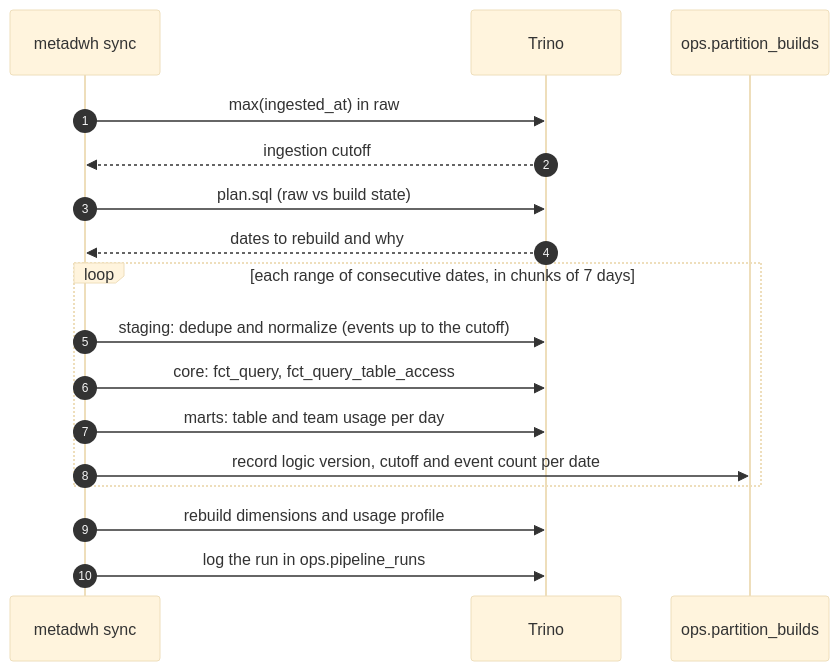
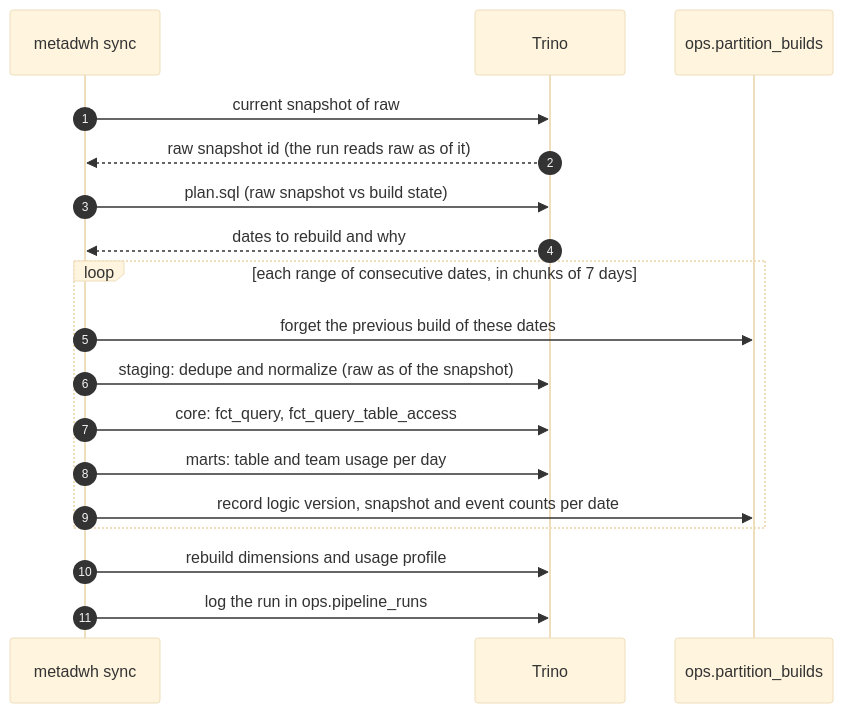
The fourth of 15 diagrams in README.md (alexSerranoR/trino-usage-meta-dwh), drawn with Mermaid (base theme) before and after one commit. The commit also changed other lines of this file, not shown here.

Commit message:
docs: align the README with the snapshot-based planner, collector limits and retention

````diff
--- a/README.md
+++ b/README.md
@@ -157,19 +157,20 @@
 ```mermaid
 sequenceDiagram
     autonumber
     participant CLI as metadwh sync
     participant T as Trino
     participant OPS as ops.partition_builds
-    CLI->>T: max(ingested_at) in raw
-    T-->>CLI: ingestion cutoff
-    CLI->>T: plan.sql (raw vs build state)
+    CLI->>T: current snapshot of raw
+    T-->>CLI: raw snapshot id (the run reads raw as of it)
+    CLI->>T: plan.sql (raw snapshot vs build state)
     T-->>CLI: dates to rebuild and why
     loop each range of consecutive dates, in chunks of 7 days
-        CLI->>T: staging: dedupe and normalize (events up to the cutoff)
+        CLI->>OPS: forget the previous build of these dates
+        CLI->>T: staging: dedupe and normalize (raw as of the snapshot)
         CLI->>T: core: fct_query, fct_query_table_access
         CLI->>T: marts: table and team usage per day
-        CLI->>OPS: record logic version, cutoff and event count per date
+        CLI->>OPS: record logic version, snapshot and event counts per date
     end
     CLI->>T: rebuild dimensions and usage profile
     CLI->>T: log the run in ops.pipeline_runs
 ```
````
